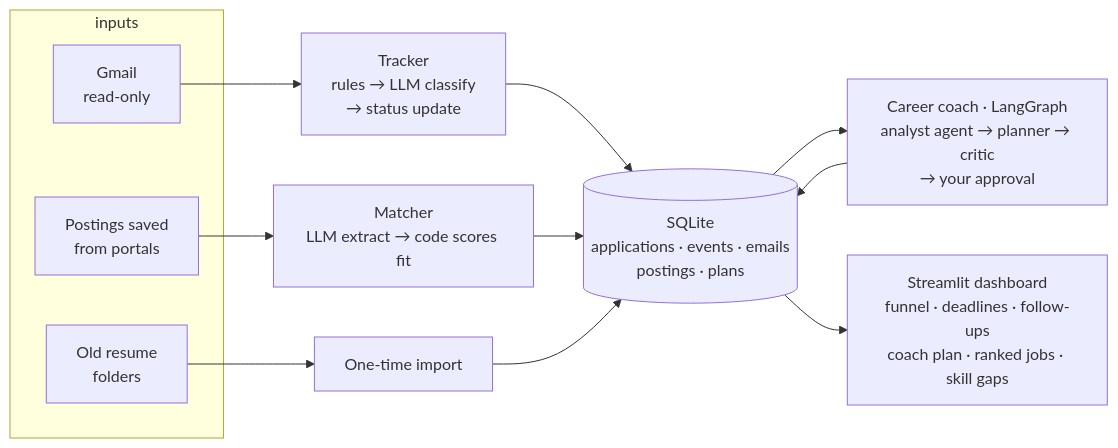
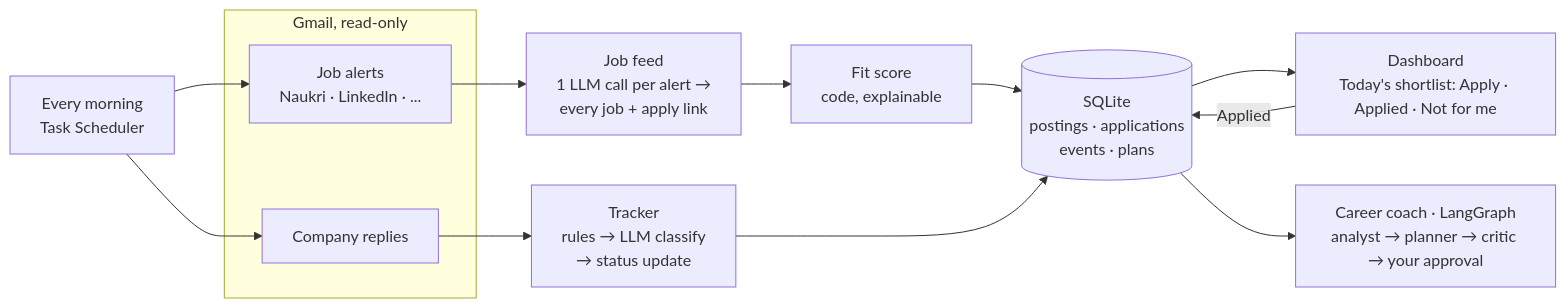
Before and after one commit to vinaychand22/job-search-copilot: the diagram in README.md, drawn with Mermaid. The commit also changed other lines of this file and 25 other files, not shown here.

First line of the commit message:
Job feed from alert emails, daily run, shortlist, deployment

````diff
--- a/README.md
+++ b/README.md
@@ -25,15 +26,15 @@
 ```mermaid
 flowchart LR
-    subgraph inputs
-        G[Gmail<br/>read-only]
-        P[Postings saved<br/>from portals]
-        F[Old resume<br/>folders]
+    subgraph gmail[Gmail, read-only]
+        A[Job alerts<br/>Naukri · LinkedIn · ...]
+        R[Company replies]
     end
-    G --> T[Tracker<br/>rules → LLM classify<br/>→ status update]
-    P --> M[Matcher<br/>LLM extract → code scores fit]
-    F --> I[One-time import]
-    T & M & I --> DB[(SQLite<br/>applications · events · emails<br/>postings · plans)]
-    DB --> C[Career coach · LangGraph<br/>analyst agent → planner → critic<br/>→ your approval]
-    C --> DB
-    DB --> D[Streamlit dashboard<br/>funnel · deadlines · follow-ups<br/>coach plan · ranked jobs · skill gaps]
+    A --> F[Job feed<br/>1 LLM call per alert →<br/>every job + apply link]
+    F --> S[Fit score<br/>code, explainable]
+    R --> T[Tracker<br/>rules → LLM classify<br/>→ status update]
+    S & T --> DB[(SQLite<br/>postings · applications<br/>events · plans)]
+    DB --> UI[Dashboard<br/>Today's shortlist: Apply · Applied · Not for me]
+    UI -- Applied --> DB
+    DB --> C[Career coach · LangGraph<br/>analyst → planner → critic → your approval]
+    SCHED[Every morning<br/>Task Scheduler] --> A & R
 ```
````
